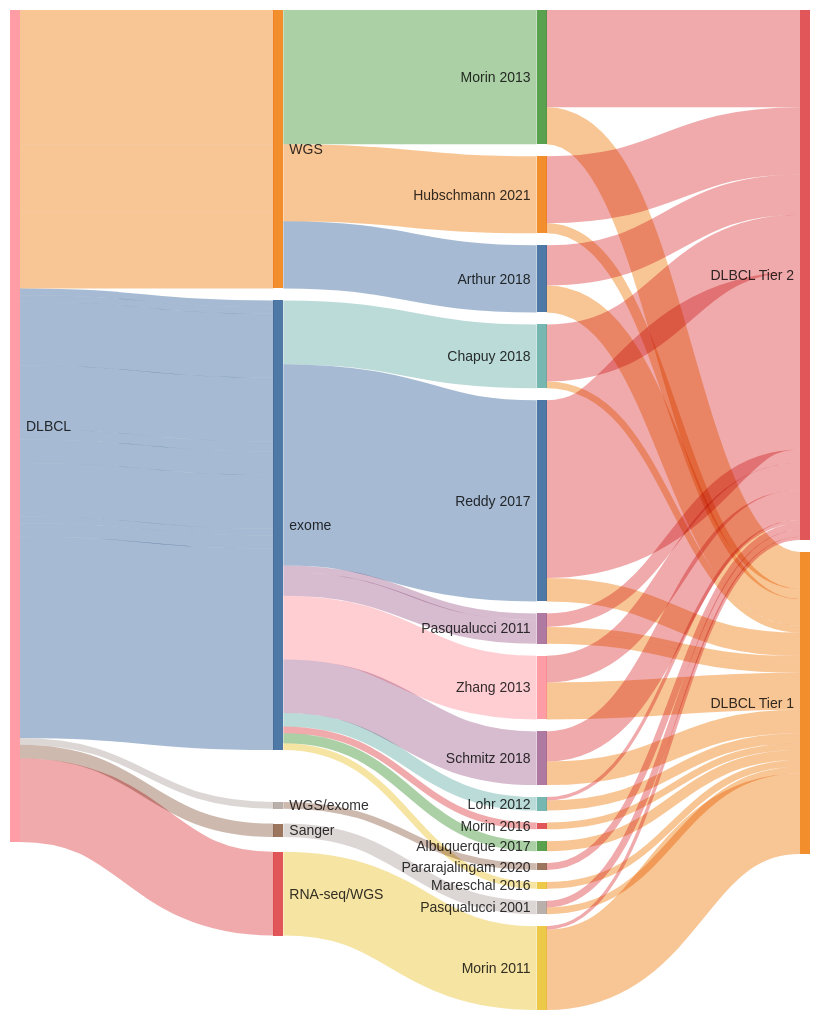
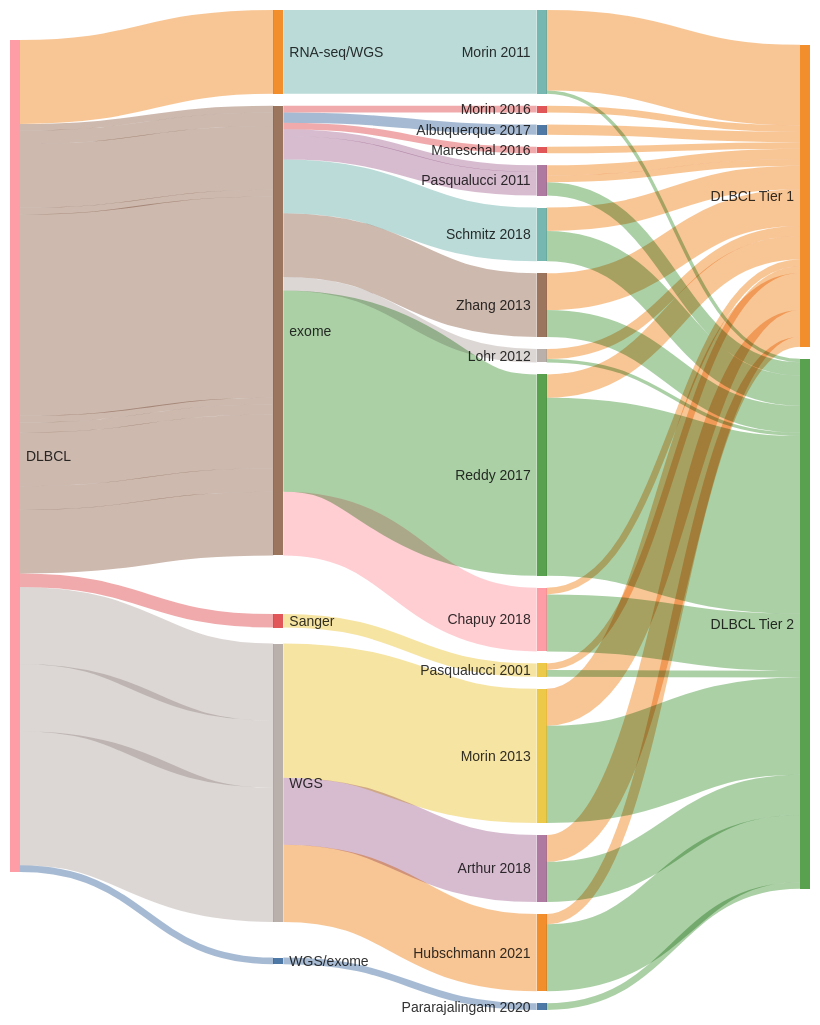
The diagram in DLBCL_sankey.md (morinlab/lymphopedia), drawn with Mermaid before and after one commit. The commit also changed other lines of this file and 4 other files, not shown here.

````diff
--- a/DLBCL_sankey.md
+++ b/DLBCL_sankey.md
@@ -1,71 +1,71 @@
 ```mermaid
 ---
 config:
   sankey:
     showValues: false
     linkColor: target
     width: 800
     height: 1000
     nodeAlignment: right
 ---
 sankey-beta
+Albuquerque 2017, DLBCL Tier 1, 3
+Morin 2016, DLBCL Tier 1, 2
+Schmitz 2018, DLBCL Tier 1, 7
+Schmitz 2018, DLBCL Tier 2, 9
+Pasqualucci 2001, DLBCL Tier 1, 2
+Pasqualucci 2001, DLBCL Tier 2, 2
+Pasqualucci 2011, DLBCL Tier 1, 3
+Pasqualucci 2011, DLBCL Tier 2, 4
+Chapuy 2018, DLBCL Tier 1, 2
+Chapuy 2018, DLBCL Tier 2, 17
+Zhang 2013, DLBCL Tier 1, 11
+Zhang 2013, DLBCL Tier 2, 8
+Pasqualucci 2011, DLBCL Tier 1, 2
+Lohr 2012, DLBCL Tier 1, 3
+Lohr 2012, DLBCL Tier 2, 1
+Pararajalingam 2020, DLBCL Tier 2, 2
+Hubschmann 2021, DLBCL Tier 1, 3
+Hubschmann 2021, DLBCL Tier 2, 20
+Mareschal 2016, DLBCL Tier 1, 2
+Morin 2011, DLBCL Tier 1, 24
+Morin 2011, DLBCL Tier 2, 1
+Reddy 2017, DLBCL Tier 1, 7
+Reddy 2017, DLBCL Tier 2, 53
+Morin 2013, DLBCL Tier 1, 11
+Morin 2013, DLBCL Tier 2, 29
 Arthur 2018, DLBCL Tier 1, 8
 Arthur 2018, DLBCL Tier 2, 12
-Chapuy 2018, DLBCL Tier 1, 2
-Chapuy 2018, DLBCL Tier 2, 17
-Morin 2013, DLBCL Tier 1, 11
-Morin 2013, DLBCL Tier 2, 29
-Mareschal 2016, DLBCL Tier 1, 2
-Pasqualucci 2011, DLBCL Tier 1, 2
-Zhang 2013, DLBCL Tier 1, 11
-Zhang 2013, DLBCL Tier 2, 8
-Pararajalingam 2020, DLBCL Tier 2, 2
-Pasqualucci 2001, DLBCL Tier 1, 2
-Pasqualucci 2001, DLBCL Tier 2, 2
-Reddy 2017, DLBCL Tier 1, 7
-Reddy 2017, DLBCL Tier 2, 53
-Hubschmann 2021, DLBCL Tier 1, 3
-Hubschmann 2021, DLBCL Tier 2, 20
-Morin 2016, DLBCL Tier 1, 2
-Lohr 2012, DLBCL Tier 1, 3
-Lohr 2012, DLBCL Tier 2, 1
-Albuquerque 2017, DLBCL Tier 1, 3
-Morin 2011, DLBCL Tier 1, 24
-Morin 2011, DLBCL Tier 2, 1
-Schmitz 2018, DLBCL Tier 1, 7
-Schmitz 2018, DLBCL Tier 2, 9
-Pasqualucci 2011, DLBCL Tier 1, 3
-Pasqualucci 2011, DLBCL Tier 2, 4
+DLBCL, exome, 2
+exome, Mareschal 2016, 2
+DLBCL, WGS, 23
+WGS, Hubschmann 2021, 23
+DLBCL, WGS/exome, 2
+WGS/exome, Pararajalingam 2020, 2
+DLBCL, exome, 4
+exome, Lohr 2012, 4
+DLBCL, exome, 19
+exome, Zhang 2013, 19
+DLBCL, exome, 2
+exome, Pasqualucci 2011, 2
+DLBCL, RNA-seq/WGS, 25
+RNA-seq/WGS, Morin 2011, 25
+DLBCL, exome, 60
+exome, Reddy 2017, 60
+DLBCL, WGS, 20
+WGS, Arthur 2018, 20
+DLBCL, WGS, 40
+WGS, Morin 2013, 40
+DLBCL, exome, 2
+exome, Morin 2016, 2
+DLBCL, exome, 3
+exome, Albuquerque 2017, 3
+DLBCL, exome, 16
+exome, Schmitz 2018, 16
 DLBCL, Sanger, 4
 Sanger, Pasqualucci 2001, 4
-DLBCL, WGS/exome, 2
-WGS/exome, Pararajalingam 2020, 2
-DLBCL, exome, 2
-exome, Mareschal 2016, 2
-DLBCL, exome, 2
-exome, Pasqualucci 2011, 2
-DLBCL, WGS, 40
-WGS, Morin 2013, 40
+DLBCL, exome, 7
+exome, Pasqualucci 2011, 7
 DLBCL, exome, 19
 exome, Chapuy 2018, 19
-DLBCL, exome, 19
-exome, Zhang 2013, 19
-DLBCL, WGS, 20
-WGS, Arthur 2018, 20
-DLBCL, RNA-seq/WGS, 25
-RNA-seq/WGS, Morin 2011, 25
-DLBCL, exome, 3
-exome, Albuquerque 2017, 3
-DLBCL, exome, 7
-exome, Pasqualucci 2011, 7
-DLBCL, exome, 16
-exome, Schmitz 2018, 16
-DLBCL, exome, 2
-exome, Morin 2016, 2
-DLBCL, exome, 4
-exome, Lohr 2012, 4
-DLBCL, WGS, 23
-WGS, Hubschmann 2021, 23
-DLBCL, exome, 60
-exome, Reddy 2017, 60
 ```
````
